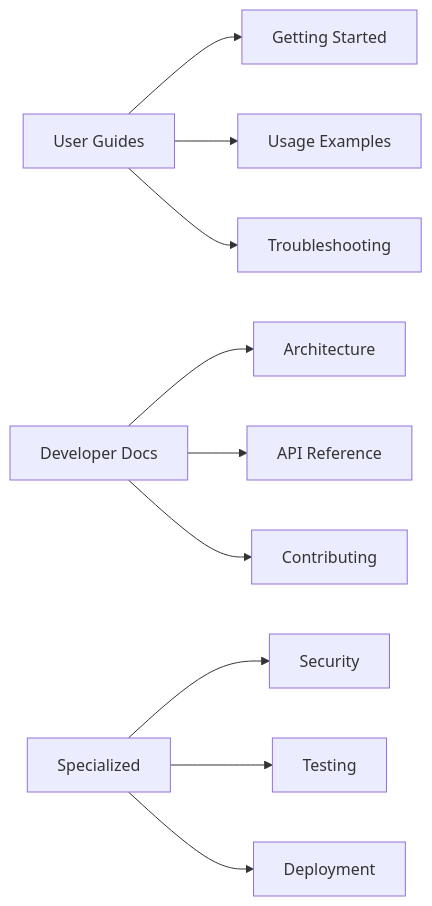
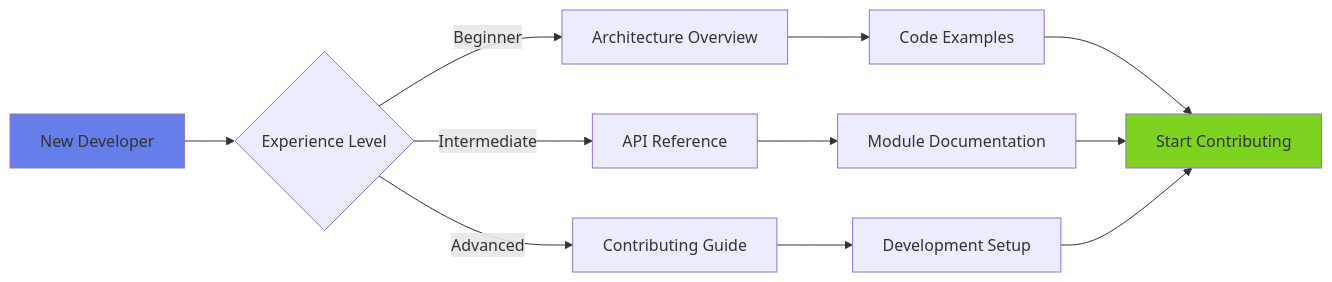
Before and after one commit to arkalia-luna-system/ia-pipeline: the third of 7 diagrams in docs/README.md, drawn with Mermaid. The commit also changed other lines of this file and 2 other files, not shown here.

Commit message:
Enhance documentation with professional design, metrics, and enterprise-grade standards

````diff
--- a/docs/README.md
+++ b/docs/README.md
@@ -12,14 +106,18 @@
 ```mermaid
-graph LR
-    A[User Guides] --> B[Getting Started]
-    A --> C[Usage Examples]
-    A --> D[Troubleshooting]
+flowchart LR
+    A[New Developer] --> B{Experience Level}
+    B -->|Beginner| C[Architecture Overview]
+    B -->|Intermediate| D[API Reference]
+    B -->|Advanced| E[Contributing Guide]
     
-    E[Developer Docs] --> F[Architecture]
-    E --> G[API Reference]
-    E --> H[Contributing]
+    C --> F[Code Examples]
+    D --> G[Module Documentation]
+    E --> H[Development Setup]
     
-    I[Specialized] --> J[Security]
-    I --> K[Testing]
-    I --> L[Deployment]
+    F --> I[Start Contributing]
+    G --> I
+    H --> I
+    
+    style A fill:#667eea
+    style I fill:#7ed321
 ```
````
